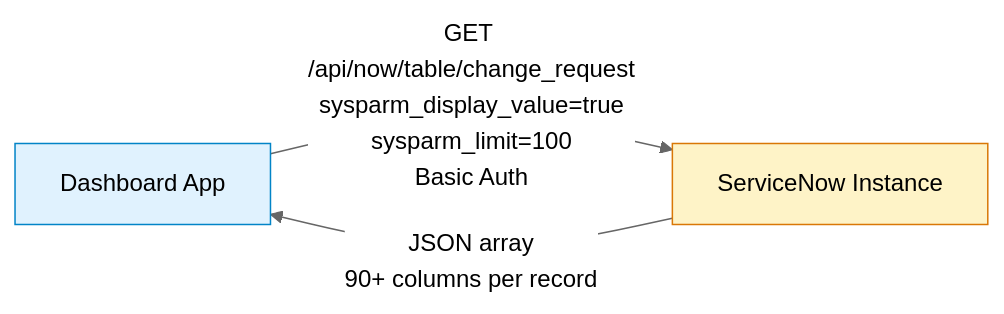
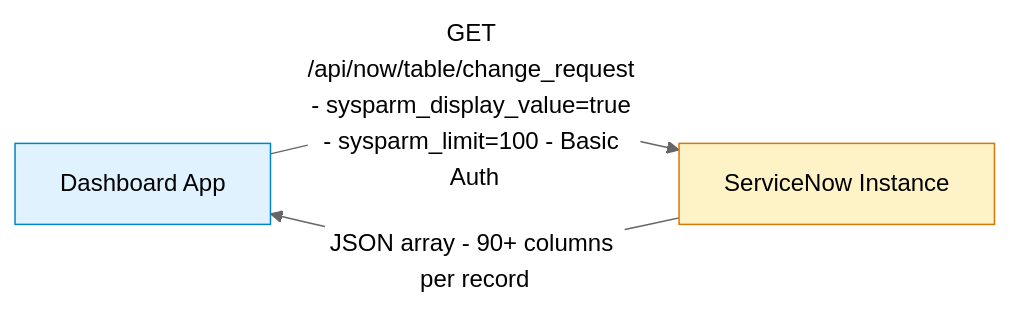
The tenth of 10 diagrams in docs/ARCHITECTURE.md (jj-shen99/changefabric), drawn with Mermaid (neutral theme) before and after one commit. The commit also changed other lines of this file and 10 other files, not shown here.

First line of the commit message:
Fix Mermaid syntax errors, update all docs to v1.3.0

````diff
--- a/docs/ARCHITECTURE.md
+++ b/docs/ARCHITECTURE.md
@@ -494,8 +494,8 @@
 ```mermaid
 graph LR
-    APP[Dashboard App] -->|"GET /api/now/table/change_request<br/>sysparm_display_value=true<br/>sysparm_limit=100<br/>Basic Auth"| SN[ServiceNow Instance]
-    SN -->|"JSON array<br/>90+ columns per record"| APP
+    APP[Dashboard App] -->|"GET /api/now/table/change_request - sysparm_display_value=true - sysparm_limit=100 - Basic Auth"| SN[ServiceNow Instance]
+    SN -->|"JSON array - 90+ columns per record"| APP
 
     style APP fill:#e0f2fe,stroke:#0284c7
     style SN fill:#fef3c7,stroke:#d97706
 ```
````
